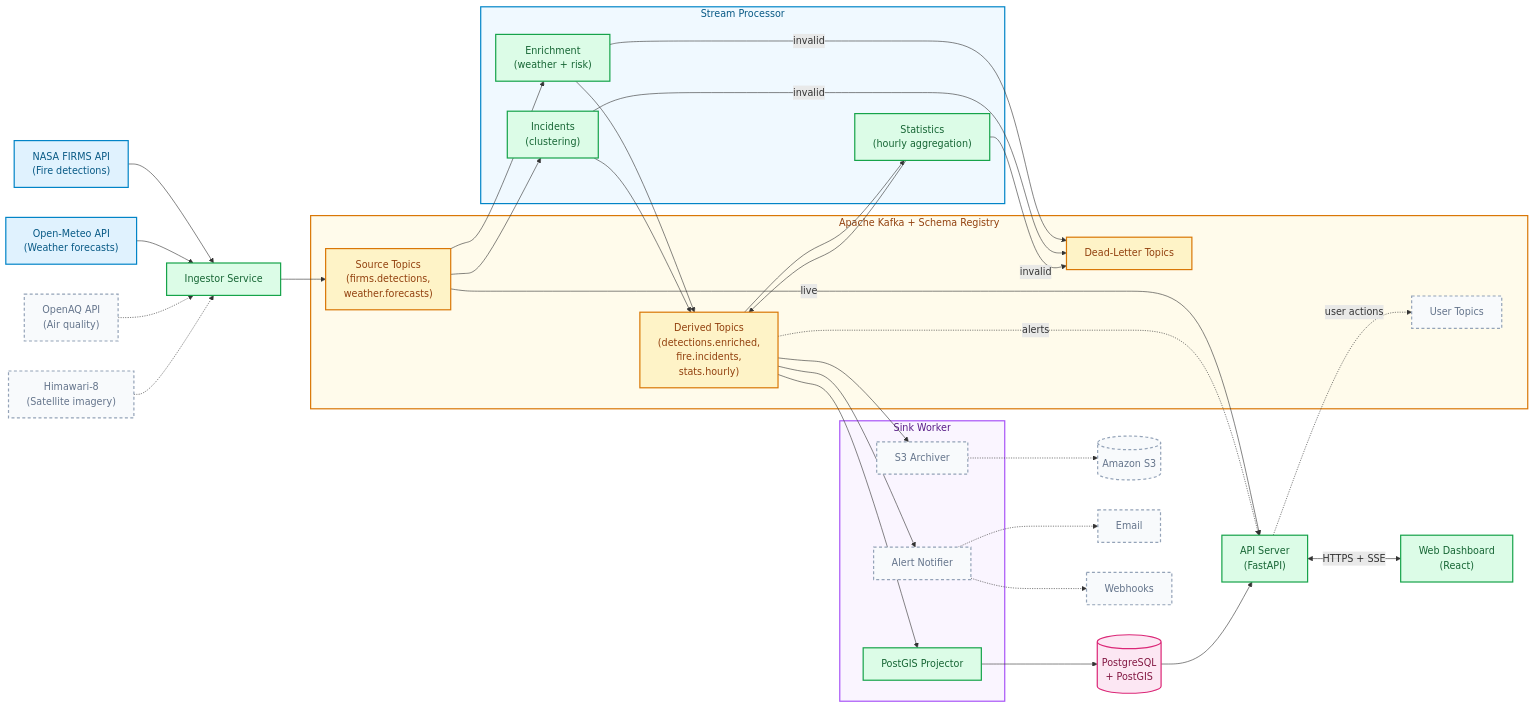
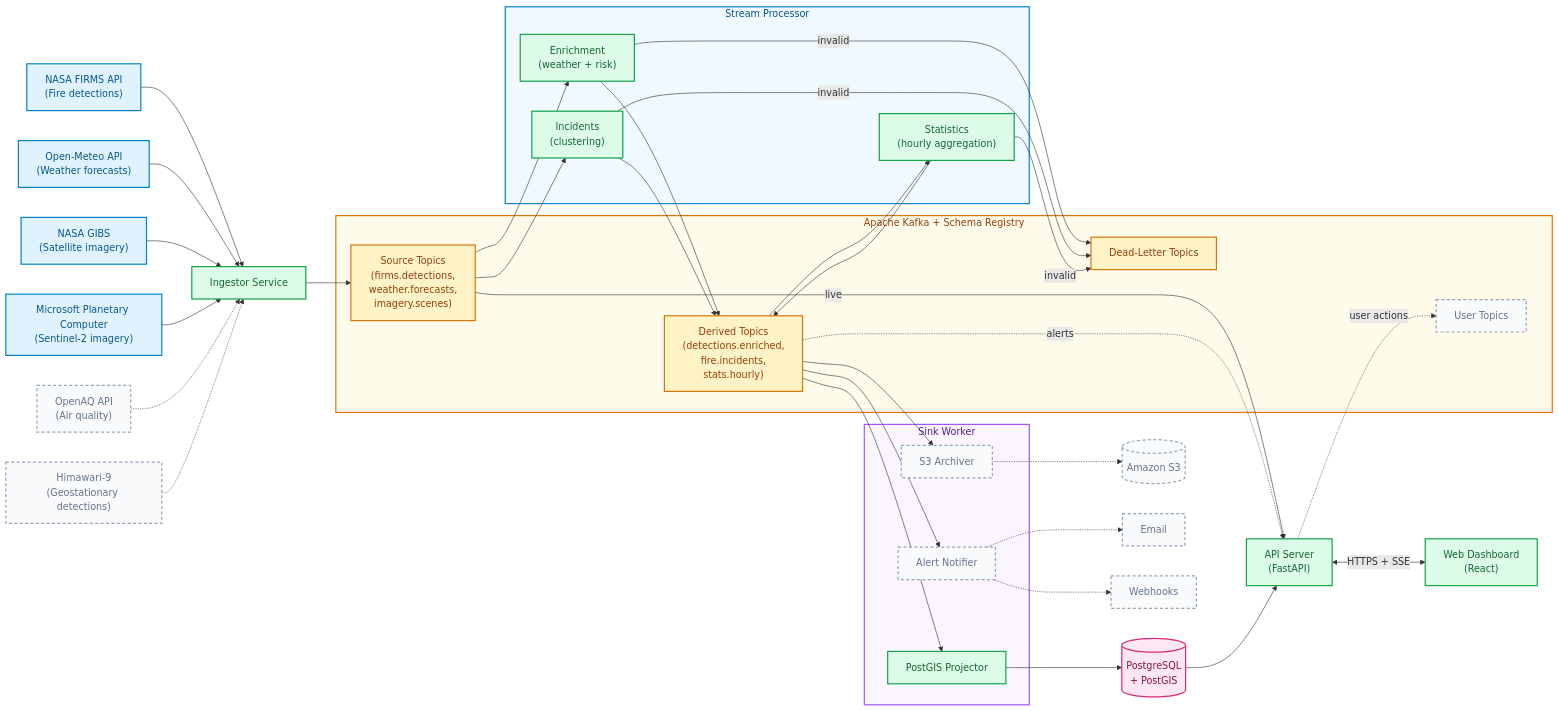
The diagram in README.md (marcparaira/wildfire-intelligence-platform), drawn with Mermaid before and after one commit. The commit also changed other lines of this file and 45 other files, not shown here.

Commit message:
feat: satellite imagery

```diff
--- a/README.md
+++ b/README.md
@@ -23,14 +23,16 @@
 
     %% External Sources (Planned)
     OPENAQ["OpenAQ API<br/>(Air quality)"]
-    HIMAWARI["Himawari-8<br/>(Satellite imagery)"]
+    GIBS["NASA GIBS<br/>(Satellite imagery)"]
+    PC["Microsoft Planetary Computer<br/>(Sentinel-2 imagery)"]
+    HIMAWARI["Himawari-9<br/>(Geostationary detections)"]
 
     %% Ingestor Service
     ING["Ingestor Service"]
 
     %% Apache Kafka (Compact)
     subgraph KAFKA["Apache Kafka + Schema Registry"]
-        T_SRC["Source Topics<br/>(firms.detections,<br/>weather.forecasts)"]
+        T_SRC["Source Topics<br/>(firms.detections,<br/>weather.forecasts,<br/>imagery.scenes)"]
         T_DER["Derived Topics<br/>(detections.enriched,<br/>fire.incidents,<br/>stats.hourly)"]
         T_USER["User Topics"]
         T_DLQ["Dead-Letter Topics"]
@@ -63,6 +65,8 @@
     %% Main flows: Sources to Ingestor
     FIRMS --> ING
     METEO --> ING
+    GIBS --> ING
+    PC --> ING
     OPENAQ -.-> ING
     HIMAWARI -.-> ING
 
@@ -117,7 +121,7 @@
     classDef streaming fill:#fef3c7,stroke:#d97706,stroke-width:2px,color:#92400e
     classDef storage fill:#fce7f3,stroke:#db2777,stroke-width:2px,color:#831843
 
-    class FIRMS,METEO external
+    class FIRMS,METEO,GIBS,PC external
     class ING done
     class T_SRC,T_DER,T_DLQ streaming
     class DB storage
```
